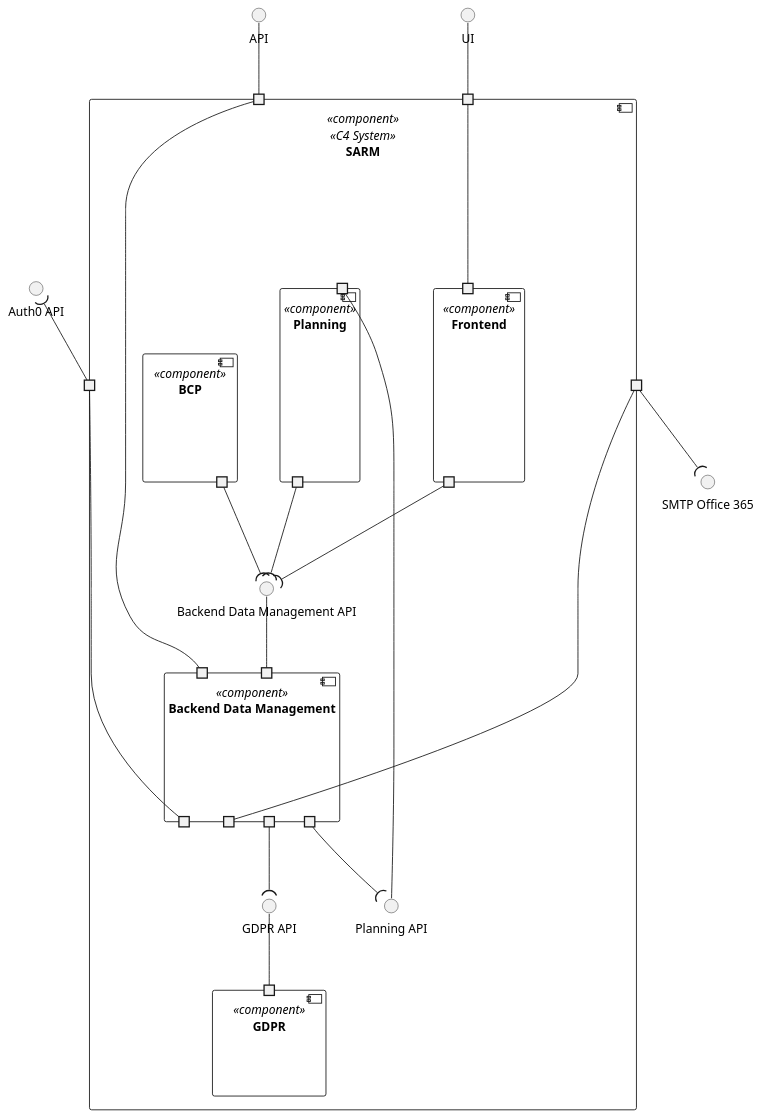
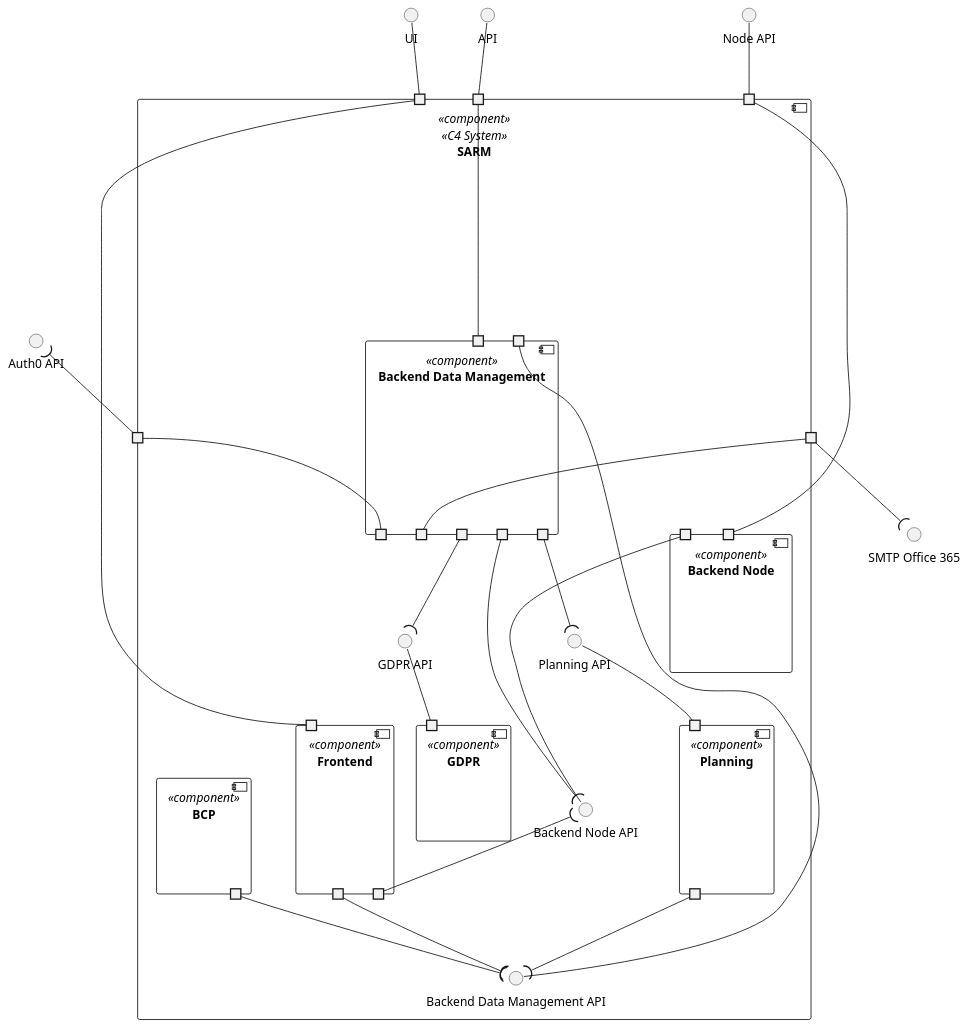
Before and after one commit to 1220846/sem5pi-24-25-3ddg20: the diagram in docs/views/level2/logic-view.puml, drawn with PlantUML. The commit also changed 21 other files, not shown here.

```diff
--- a/docs/views/level2/logic-view.puml
+++ b/docs/views/level2/logic-view.puml
@@ -1,72 +1,89 @@
 @startuml logic-view
 top to bottom direction
 
 interface "API" as API
 interface "UI" as UI
+interface "Node API" as NODEAPI
 interface "Auth0 API" as A0API
 interface "SMTP Office 365" as SMTP_Office_365
 
 component "SARM" <<component>> <<C4 System>> {
     portin " " as SARMPI
     portin " " as SARMPIUI
+    portin " " as SARMPINODE
     portout " " as SARMPO1
     portout " " as SARMPO2
 
     interface "Backend Data Management API" as BACKENDAPI
 
     component "Backend Data Management" <<component>> {
         portin " " as BackendPI
         portout " " as BackendPO1
         portout " " as BackendPO2
         portout " " as BackendPO3
         portout " " as BackendPO4
+        portout " " as BackendPO5
         portin " " as BackendPI2
+    }
+
+    interface "Backend Node API" as BACKENDNODEAPI
+
+    component "Backend Node" <<component>> {
+        portin " " as BackendNodeIN
+        portin " " as BackendNodeIN2
     }
 
     component "Frontend" <<component>> {
         portin " " as FrontendINUI
         portout " " as FrontendOutUI2
+        portout " " as FrontendOutUI3
     }
 
     interface "Planning API" as PLANNINGAPI
 
     component "Planning" <<component>> {
         portin " " as PLANNINGINUI
         portout " " as PLANNINGOutUI
     }
 
     interface "GDPR API" as GDPR_API
 
     component "GDPR" <<component>> {
         portin " " as GDPRINUI
     }
     
     component "BCP" <<component>> {
         portout " " as BCPOutUI
     }
 
 }
 
 UI -- SARMPIUI
 SARMPIUI --- FrontendINUI
 FrontendOutUI2 --( BACKENDAPI
 BackendPI2 -U- BACKENDAPI
 
+BackendNodeIN --d-- BACKENDNODEAPI
+BackendPO5 ----( BACKENDNODEAPI
+FrontendOutUI3 --u--( BACKENDNODEAPI
+NODEAPI -- SARMPINODE
+BackendNodeIN2 --- SARMPINODE
+
 GDPRINUI -U- GDPR_API
 BackendPO3 --( GDPR_API
 
 PLANNINGINUI -U- PLANNINGAPI
 BackendPO4 --( PLANNINGAPI
 PLANNINGOutUI --( BACKENDAPI
 
 BCPOutUI --( BACKENDAPI
 
 API -- SARMPI
 SARMPO1 -u-( A0API
 SARMPI -- BackendPI
 SARMPO1 -- BackendPO1
 
 SARMPO2 -- BackendPO2
 SARMPO2 --( SMTP_Office_365
 
 @enduml
```
